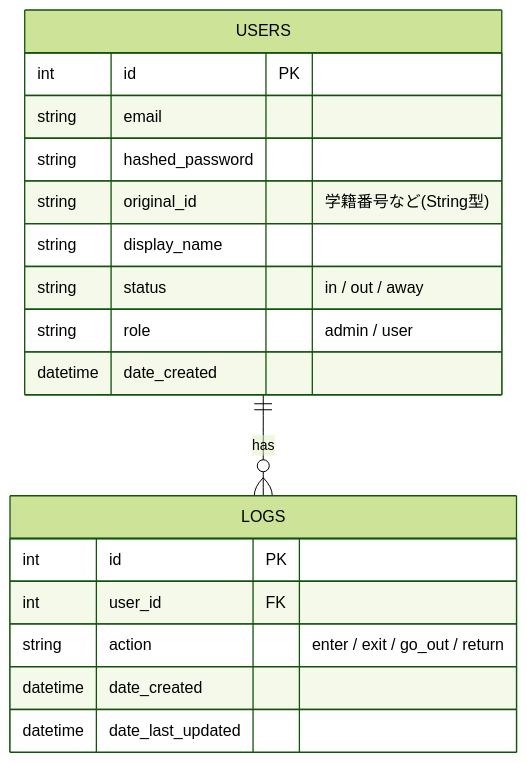
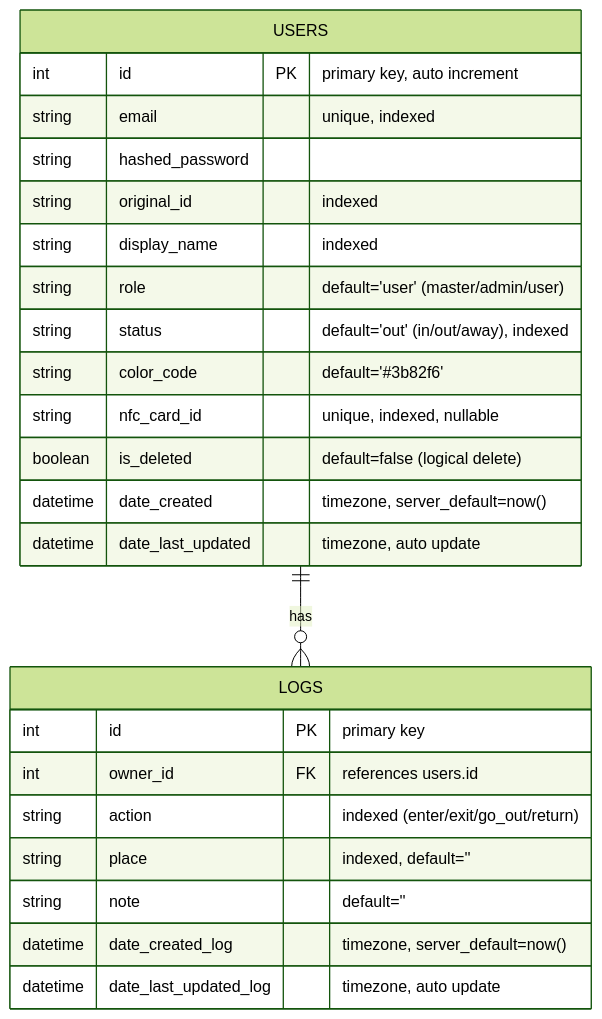
The diagram in docs/dev_log.md (Kota-James/Imasu), drawn with Mermaid (forest theme) before and after one commit. The commit also changed other lines of this file, not shown here.

````diff
--- a/docs/dev_log.md
+++ b/docs/dev_log.md
@@ -99,21 +99,33 @@
 ```mermaid
 erDiagram
     USERS ||--o{ LOGS : "has"
+
     USERS {
-        int id PK
-        string email
+        int id PK "primary key, auto increment"
+        string email "unique, indexed"
         string hashed_password
-        string original_id "学籍番号など(String型)"
-        string display_name
-        string status "in / out / away"
-        string role "admin / user"
-        datetime date_created
+        string original_id "indexed"
+        string display_name "indexed"
+
+        string role "default='user' (master/admin/user)"
+        string status "default='out' (in/out/away), indexed"
+        string color_code "default='#3b82f6'"
+        string nfc_card_id "unique, indexed, nullable"
+        boolean is_deleted "default=false (logical delete)"
+
+        datetime date_created "timezone, server_default=now()"
+        datetime date_last_updated "timezone, auto update"
     }
+
     LOGS {
-        int id PK
-        int user_id FK
-        string action "enter / exit / go_out / return"
-        datetime date_created
-        datetime date_last_updated
+        int id PK "primary key"
+        int owner_id FK "references users.id"
+
+        string action "indexed (enter/exit/go_out/return)"
+        string place "indexed, default=''"
+        string note "default=''"
+
+        datetime date_created_log "timezone, server_default=now()"
+        datetime date_last_updated_log "timezone, auto update"
     }
 ```
````
